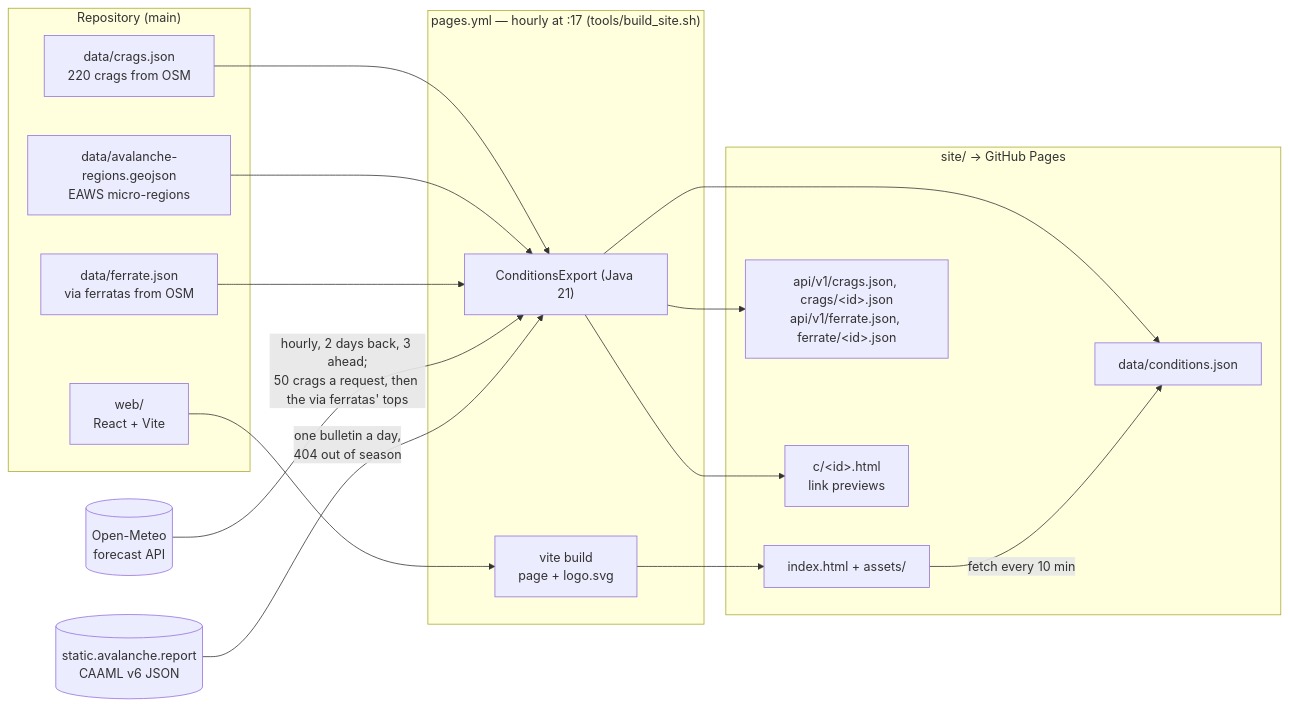
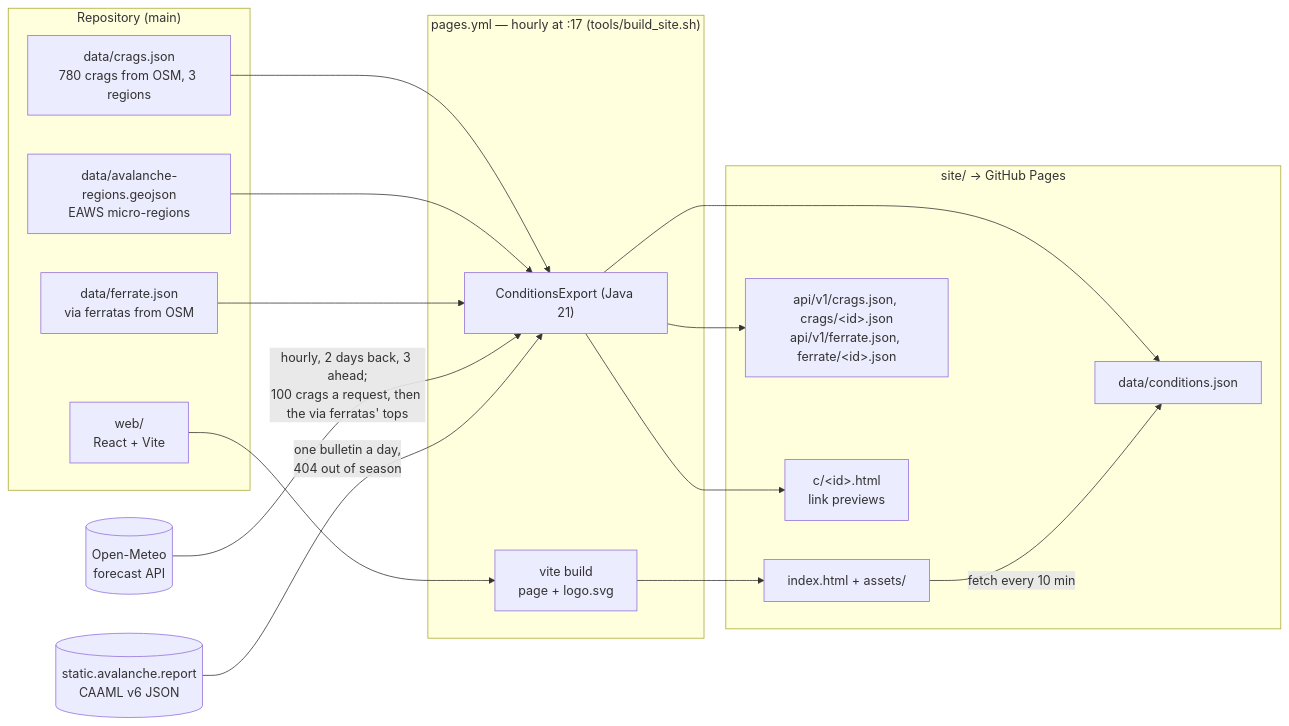
Before and after one commit to Allan-Nava/cragcast: the first of 2 diagrams in docs/ARCHITECTURE.md, drawn with Mermaid. The commit also changed 29 other files, not shown here.

````diff
--- a/docs/ARCHITECTURE.md
+++ b/docs/ARCHITECTURE.md
@@ -19,29 +19,29 @@
 ```mermaid
 flowchart LR
   subgraph repo["Repository (main)"]
-    crags["data/crags.json<br/>220 crags from OSM"]
+    crags["data/crags.json<br/>780 crags from OSM, 3 regions"]
     regions["data/avalanche-regions.geojson<br/>EAWS micro-regions"]
     ferrate["data/ferrate.json<br/>via ferratas from OSM"]
     web["web/<br/>React + Vite"]
   end
   subgraph action["pages.yml — hourly at :17 (tools/build_site.sh)"]
     vite["vite build<br/>page + logo.svg"]
     export["ConditionsExport (Java 21)"]
   end
   meteo[("Open-Meteo<br/>forecast API")]
   eaws[("static.avalanche.report<br/>CAAML v6 JSON")]
   subgraph site["site/ → GitHub Pages"]
     page["index.html + assets/"]
     data["data/conditions.json"]
     api["api/v1/crags.json, crags/&lt;id&gt;.json<br/>api/v1/ferrate.json, ferrate/&lt;id&gt;.json"]
     share["c/&lt;id&gt;.html<br/>link previews"]
   end
   web --> vite --> page
   crags --> export
   regions --> export
   ferrate --> export
-  meteo -- "hourly, 2 days back, 3 ahead;<br/>50 crags a request, then the via ferratas' tops" --> export
+  meteo -- "hourly, 2 days back, 3 ahead;<br/>100 crags a request, then the via ferratas' tops" --> export
   eaws -- "one bulletin a day,<br/>404 out of season" --> export
   export --> data & api & share
   page -- "fetch every 10 min" --> data
 ```
````
